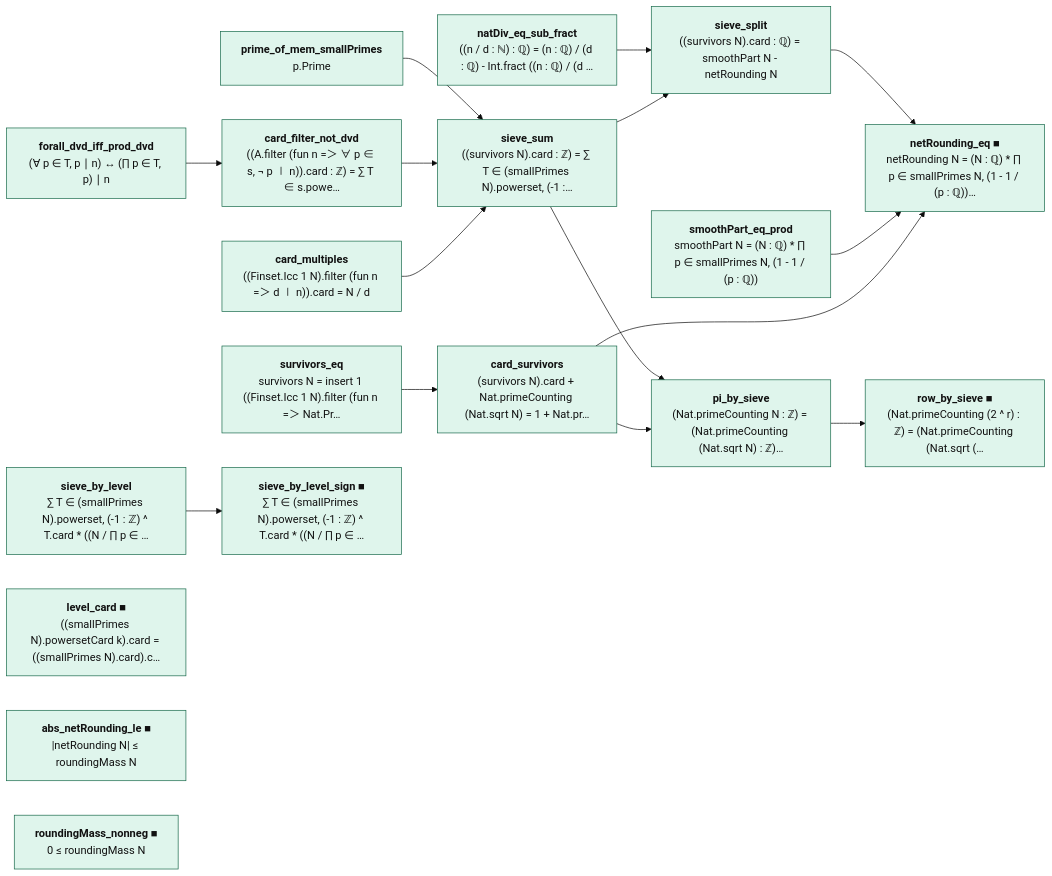
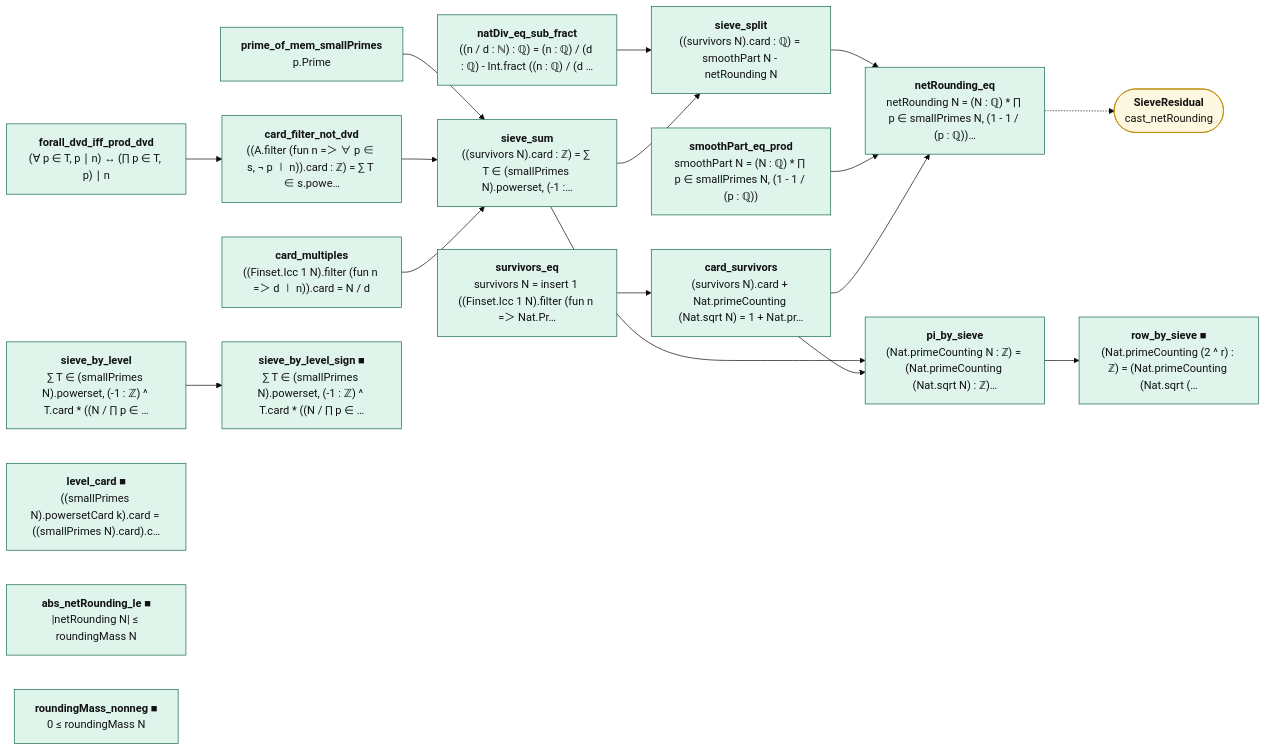
One commit to juliansambranojr/Primebeat_081426 changed the diagram in map/lean_stage3/SieveExact.mmd. Above: the diagram before and after it, drawn with Mermaid (base theme). The commit also changed 27 other files, not shown here.

First line of the commit message:
Block R3: the sieve's roundings and the table's residual, the row and its half (unit 0482)

```diff
--- a/map/lean_stage3/SieveExact.mmd
+++ b/map/lean_stage3/SieveExact.mmd
@@ -1,41 +1,43 @@
 flowchart LR
   n0["<b>prime_of_mem_smallPrimes</b><br/>p.Prime"]:::cnt
   n1["<b>forall_dvd_iff_prod_dvd</b><br/>(∀ p ∈ T, p ∣ n) ↔ (∏ p ∈ T, p) ∣ n"]:::cnt
   n2["<b>card_filter_not_dvd</b><br/>((A.filter (fun n =＞ ∀ p ∈ s, ¬ p ∣ n)).card : ℤ) = ∑ T ∈ s.powe…"]:::cnt
   n3["<b>card_multiples</b><br/>((Finset.Icc 1 N).filter (fun n =＞ d ∣ n)).card = N / d"]:::cnt
   n4["<b>sieve_sum</b><br/>((survivors N).card : ℤ) = ∑ T ∈ (smallPrimes N).powerset, (-1 :…"]:::cnt
   n5["<b>survivors_eq</b><br/>survivors N = insert 1 ((Finset.Icc 1 N).filter (fun n =＞ Nat.Pr…"]:::cnt
   n6["<b>card_survivors</b><br/>(survivors N).card + Nat.primeCounting (Nat.sqrt N) = 1 + Nat.pr…"]:::cnt
   n7["<b>pi_by_sieve</b><br/>(Nat.primeCounting N : ℤ) = (Nat.primeCounting (Nat.sqrt N) : ℤ)…"]:::cnt
   n8["<b>row_by_sieve ■</b><br/>(Nat.primeCounting (2 ^ r) : ℤ) = (Nat.primeCounting (Nat.sqrt (…"]:::cnt
   n9["<b>sieve_by_level</b><br/>∑ T ∈ (smallPrimes N).powerset, (-1 : ℤ) ^ T.card * ((N / ∏ p ∈ …"]:::cnt
   n10["<b>sieve_by_level_sign ■</b><br/>∑ T ∈ (smallPrimes N).powerset, (-1 : ℤ) ^ T.card * ((N / ∏ p ∈ …"]:::cnt
   n11["<b>level_card ■</b><br/>((smallPrimes N).powersetCard k).card = ((smallPrimes N).card).c…"]:::cnt
   n12["<b>natDiv_eq_sub_fract</b><br/>((n / d : ℕ) : ℚ) = (n : ℚ) / (d : ℚ) - Int.fract ((n : ℚ) / (d …"]:::cnt
   n13["<b>sieve_split</b><br/>((survivors N).card : ℚ) = smoothPart N - netRounding N"]:::cnt
   n14["<b>smoothPart_eq_prod</b><br/>smoothPart N = (N : ℚ) * ∏ p ∈ smallPrimes N, (1 - 1 / (p : ℚ))"]:::cnt
   n15["<b>abs_netRounding_le ■</b><br/>|netRounding N| ≤ roundingMass N"]:::cnt
   n16["<b>roundingMass_nonneg ■</b><br/>0 ≤ roundingMass N"]:::cnt
-  n17["<b>netRounding_eq ■</b><br/>netRounding N = (N : ℚ) * ∏ p ∈ smallPrimes N, (1 - 1 / (p : ℚ))…"]:::cnt
+  n17["<b>netRounding_eq</b><br/>netRounding N = (N : ℚ) * ∏ p ∈ smallPrimes N, (1 - 1 / (p : ℚ))…"]:::cnt
+  x0(["<b>SieveResidual</b><br/>cast_netRounding"]):::ext
   n0 --> n4
   n1 --> n2
   n12 --> n13
   n13 --> n17
   n14 --> n17
   n2 --> n4
   n3 --> n4
   n4 --> n13
   n4 --> n7
   n5 --> n6
   n6 --> n17
   n6 --> n7
   n7 --> n8
   n9 --> n10
+  n17 -.-> x0
   classDef cnt fill:#dff5ec,stroke:#17694a,color:#111
   classDef shp fill:#f1ecfb,stroke:#5b3fa0,color:#111
   classDef rh fill:#ffe5e5,stroke:#c22,color:#111,stroke-width:2px
   classDef thm fill:#eef4ff,stroke:#335,color:#111
   classDef end_ fill:#e7f7e7,stroke:#2a7,color:#111,stroke-width:2px
   classDef lone fill:#fff,stroke:#999,color:#111,stroke-dasharray:4 3
   classDef bad fill:#ffe5e5,stroke:#c22,color:#111,stroke-width:2px
   classDef ext fill:#fff8e1,stroke:#b80,color:#111
```
